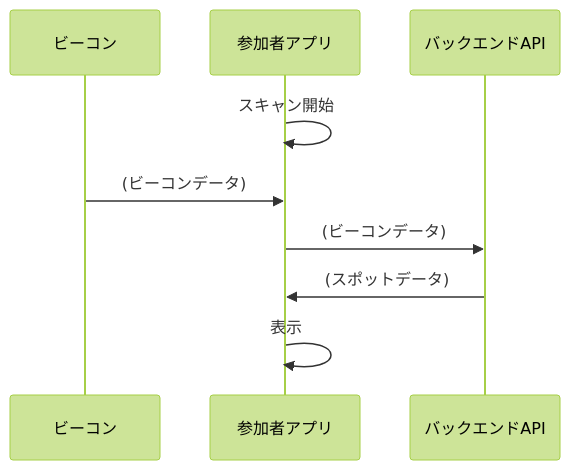
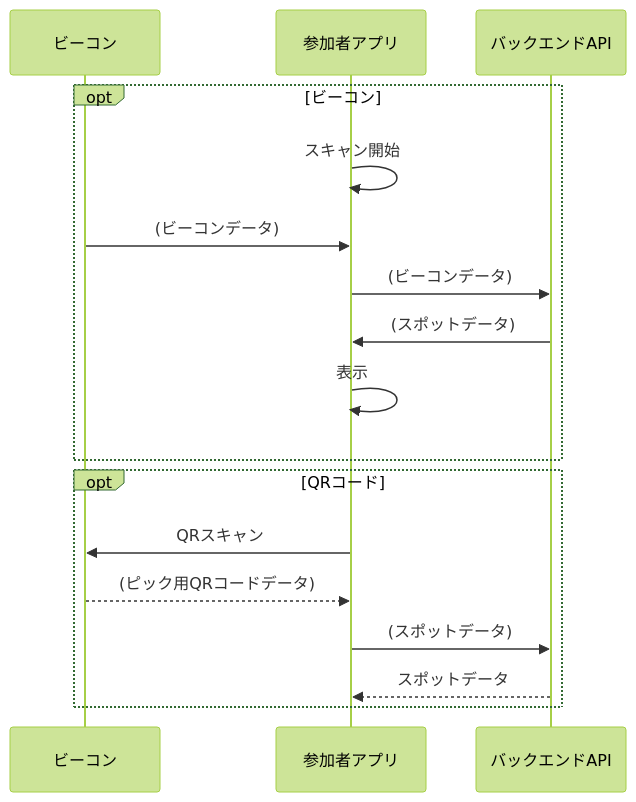
Before and after one commit to after-school-garbage-squad/repaint-architecture: diagram 11 of 11 in docs/sequence/mobile.md, drawn with Mermaid (forest theme). The commit also changed other lines of this file and 3 other files, not shown here.

Commit message:
feat(sequence): update admin

````diff
--- a/docs/sequence/mobile.md
+++ b/docs/sequence/mobile.md
@@ -177,11 +177,19 @@
 ```mermaid
 sequenceDiagram
     participant beacon as ビーコン
     participant app as 参加者アプリ
     participant back as バックエンドAPI
-    app ->> app: スキャン開始
-    beacon ->> app: (ビーコンデータ)
-    app ->> back: (ビーコンデータ)
-    back ->> app: (スポットデータ)
-    app ->> app: 表示
+    opt ビーコン
+        app ->> app: スキャン開始
+        beacon ->> app: (ビーコンデータ)
+        app ->> back: (ビーコンデータ)
+        back ->> app: (スポットデータ)
+        app ->> app: 表示
+    end
+    opt QRコード
+        app ->> beacon: QRスキャン
+        beacon -->> app: (ピック用QRコードデータ)
+        app ->> back: (スポットデータ)
+        back -->> app: スポットデータ
+    end
 ```
````
